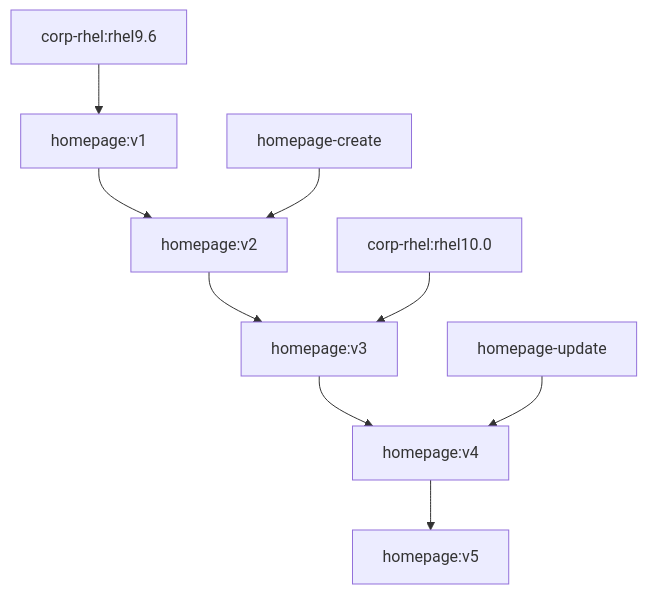
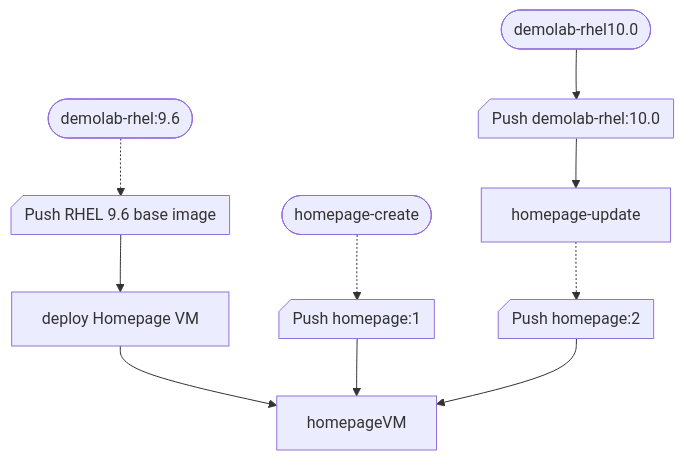
Before and after one commit to jvdbreggen/imagemodedemo: the first of 2 diagrams in README.md, drawn with Mermaid. The commit also changed other lines of this file, not shown here.

Commit message:
Update diagram and commands

````diff
--- a/README.md
+++ b/README.md
@@ -8,11 +8,12 @@
 ```mermaid
 graph TD;
-    corp-rhel:rhel9.6-->homepage:v1;
-    homepage:v1-->homepage:v2;
-    homepage-create-->homepage:v2;
-    homepage:v2-->homepage:v3;
-    corp-rhel:rhel10.0-->homepage:v3;
-    homepage:v3-->homepage:v4;
-    homepage-update-->homepage:v4
-    homepage:v4-->homepage:v5
+    demolab96([demolab-rhel:9.6])-.->pushrhel96@{ shape: notch-rect, label: "Push RHEL 9.6 base image" }-->
+    homepagevm1[deploy Homepage VM]-->homepageVM;
+    homepagecreate([homepage-create])-.->pushhomepagecreate@{ shape: notch-rect, label: "Push homepage:1" };
+    pushhomepagecreate-->homepageVM;
+    demolab10([demolab-rhel10.0])-->pushrhel10@{ shape: notch-rect, label: "Push demolab-rhel:10.0" };
+    homepageupdate[homepage-update]-.->pushhomepageupdate@{ shape: notch-rect, label: "Push homepage:2" }
+    pushrhel10-->homepageupdate;
+    pushhomepageupdate-->homepageVM;
+
 ```
````
